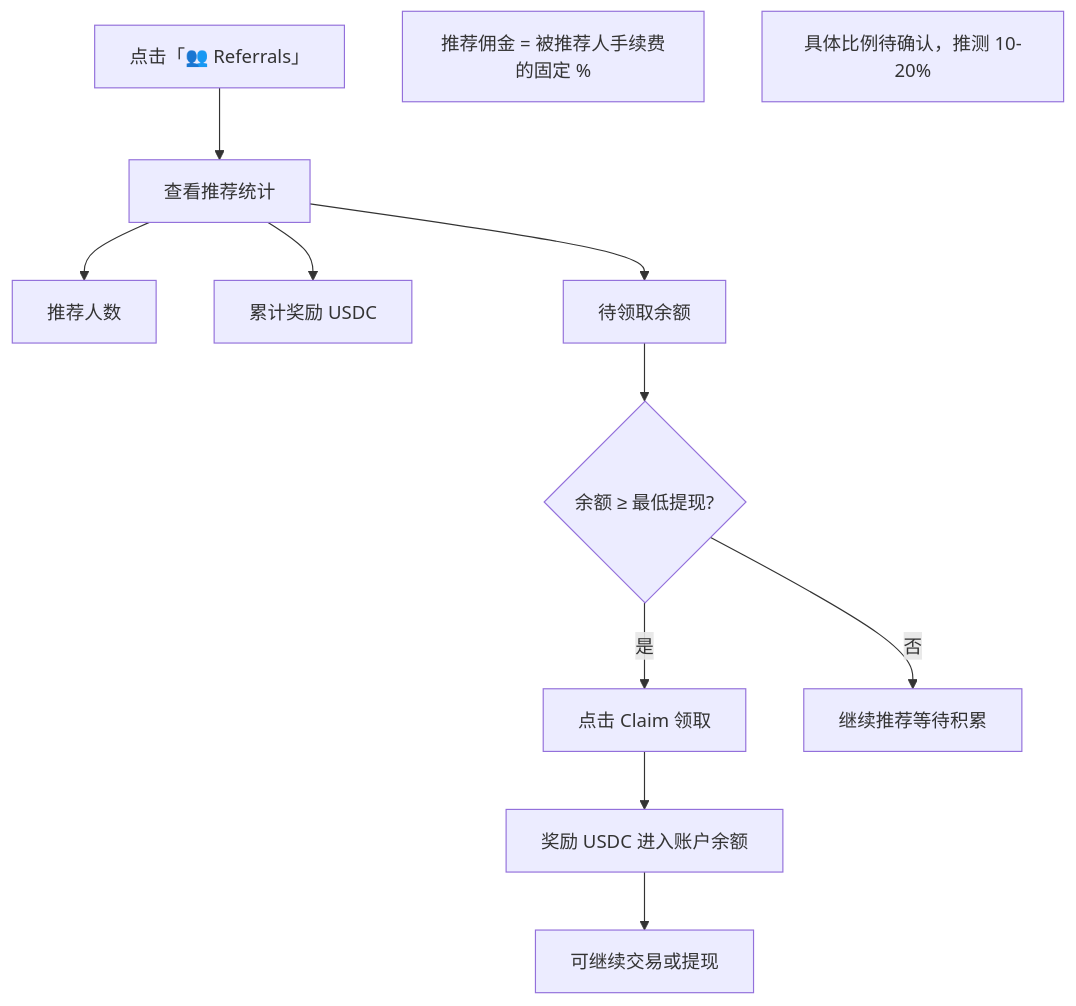
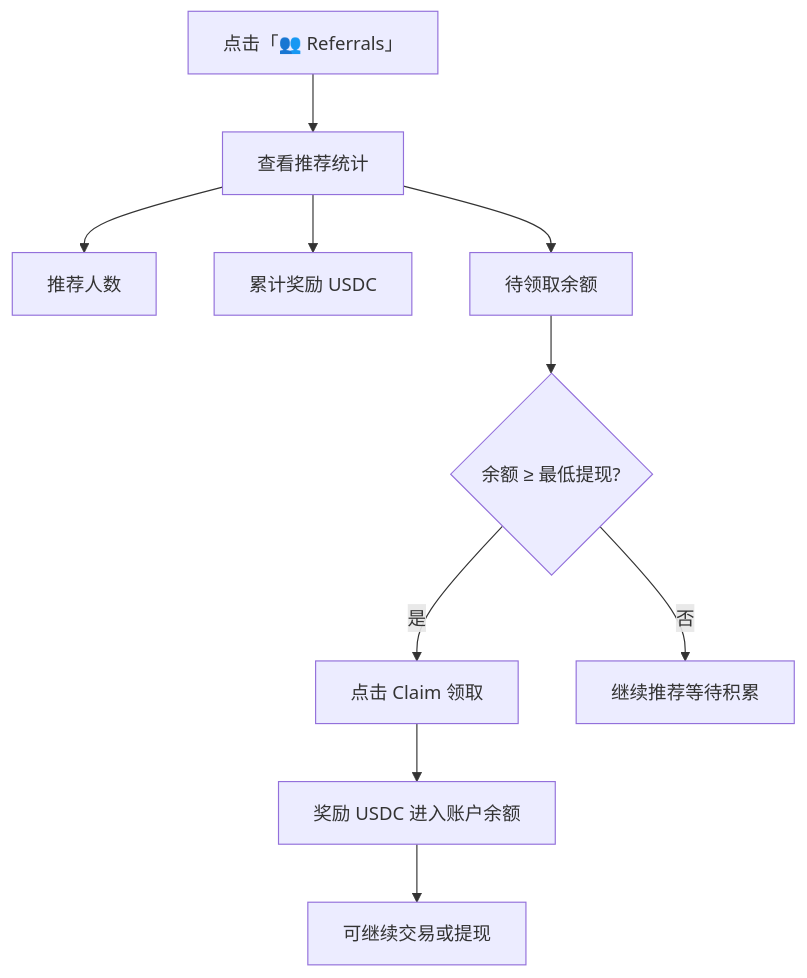
One commit to survivorff/polymarket_research changed the eighth of 16 diagrams in research/04_polygun/analysis.md. Above: the diagram before and after it, drawn with Mermaid. The commit also changed other lines of this file and 11 other files, not shown here.

First line of the commit message:
修复所有 Mermaid 语法错误，确保流程图可正常渲染

````diff
--- a/research/04_polygun/analysis.md
+++ b/research/04_polygun/analysis.md
@@ -231,14 +231,14 @@
 ```mermaid
 flowchart TD
     A[点击「👥 Referrals」] --> B[查看推荐统计]
     B --> B1[推荐人数]
     B --> B2[累计奖励 USDC]
     B --> B3[待领取余额]
     B3 --> C{余额 ≥ 最低提现?}
     C -->|是| D[点击 Claim 领取]
     D --> E[奖励 USDC 进入账户余额]
     E --> F[可继续交易或提现]
     C -->|否| G[继续推荐等待积累]
-    note1[推荐佣金 = 被推荐人手续费的固定 %]
-    note2[具体比例待确认，推测 10-20%]
+    %% 注: 推荐佣金 = 被推荐人手续费的固定 %
+    %% 注: 具体比例待确认，推测 10-20%
 ```
````
